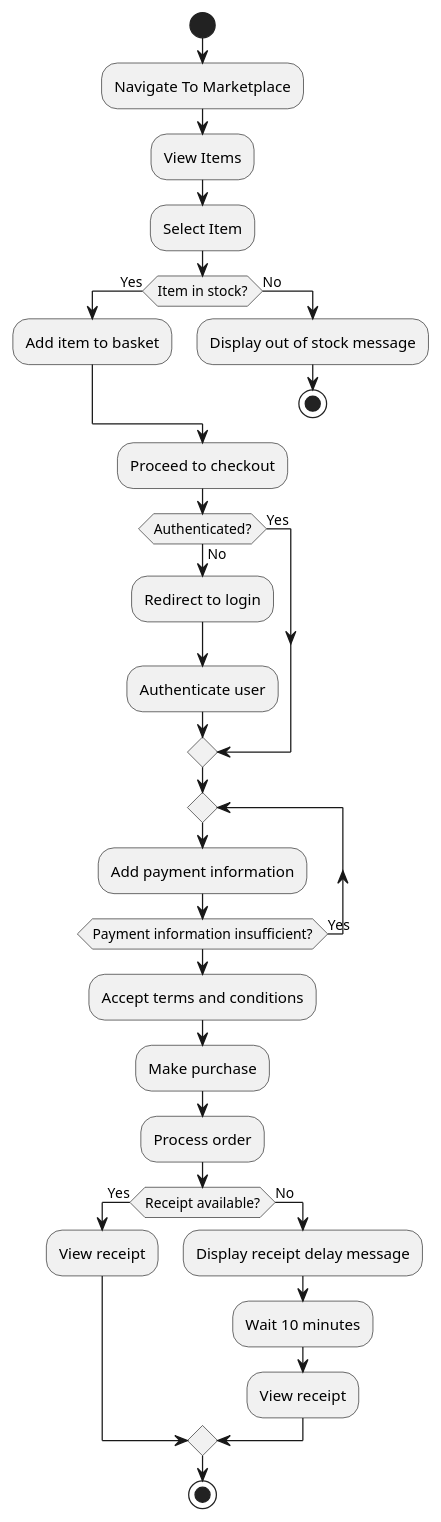
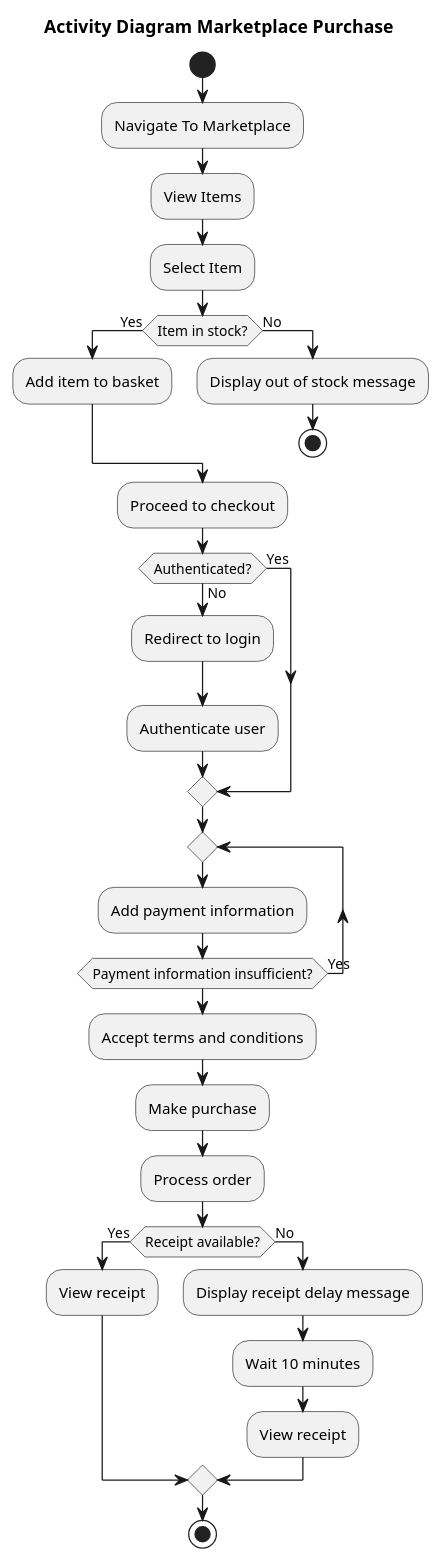
The diagram in Purchase/activity.puml (Dorfultariant/semm-diagrams), drawn with PlantUML before and after one commit. The commit also changed 17 other files, not shown here.

Commit message:
Updated the purchase and voiceroom use-case diagrams with titles.

```diff
--- a/Purchase/activity.puml
+++ b/Purchase/activity.puml
@@ -1,48 +1,50 @@
 @startuml ActivityMarketplacePurchase
+
+title Activity Diagram Marketplace Purchase
 
 start
 
 :Navigate To Marketplace;
 :View Items;
 :Select Item;
 
 '' Alternative flow for out-of-stock
 if (Item in stock?) then (Yes)
   :Add item to basket;
 else (No)
   :Display out of stock message;
   stop
 endif
 
 :Proceed to checkout;
 
 '' Alternative to authenticated from the getgo
 if (Authenticated?) then (Yes)
 else (No)
   :Redirect to login;
   :Authenticate user;
 endif
 
 '' Uncertain whether there should be a conditional to "cancel" if operation does not succeed
 repeat
   :Add payment information;
 repeat while (Payment information insufficient?) is (Yes)
 
 :Accept terms and conditions;
 
 :Make purchase;
 
 :Process order;
 
 '' Alternative flow for receipt not updated instantly
 if (Receipt available?) then (Yes)
   :View receipt;
 else (No)
   :Display receipt delay message;
   :Wait 10 minutes;
   :View receipt;
 endif
 
 stop
 
 @enduml
```
